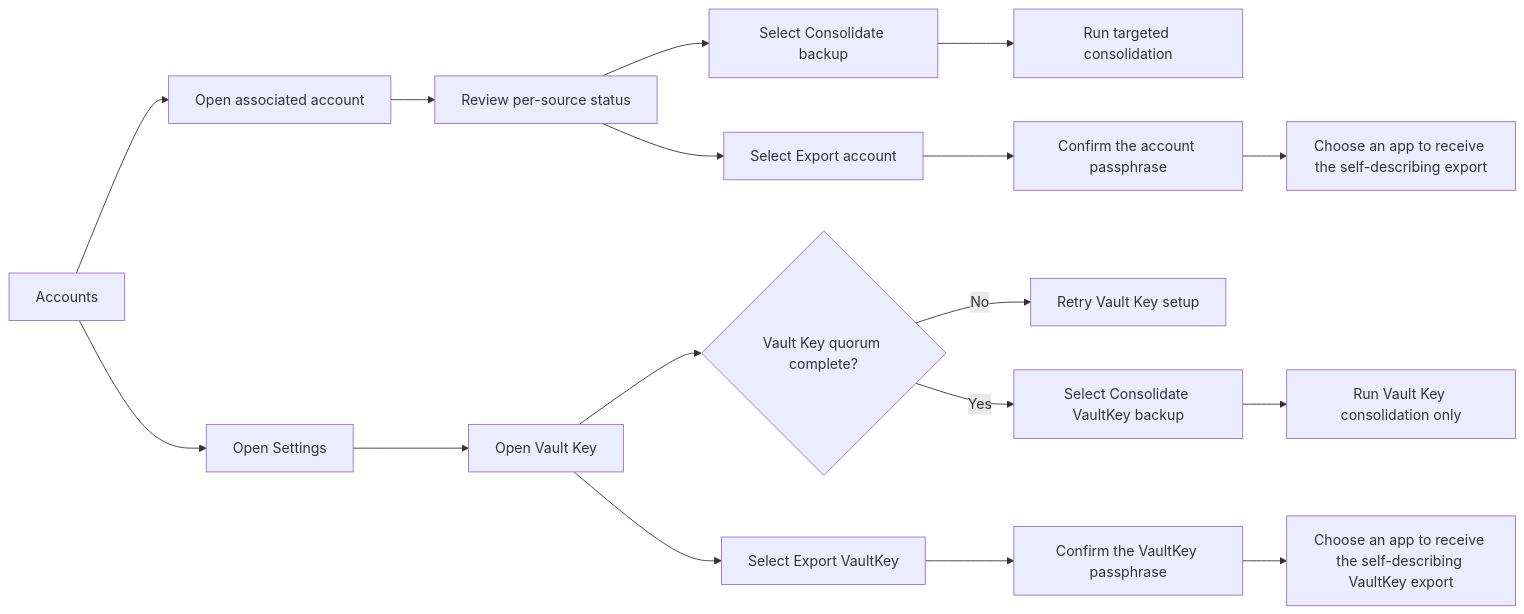
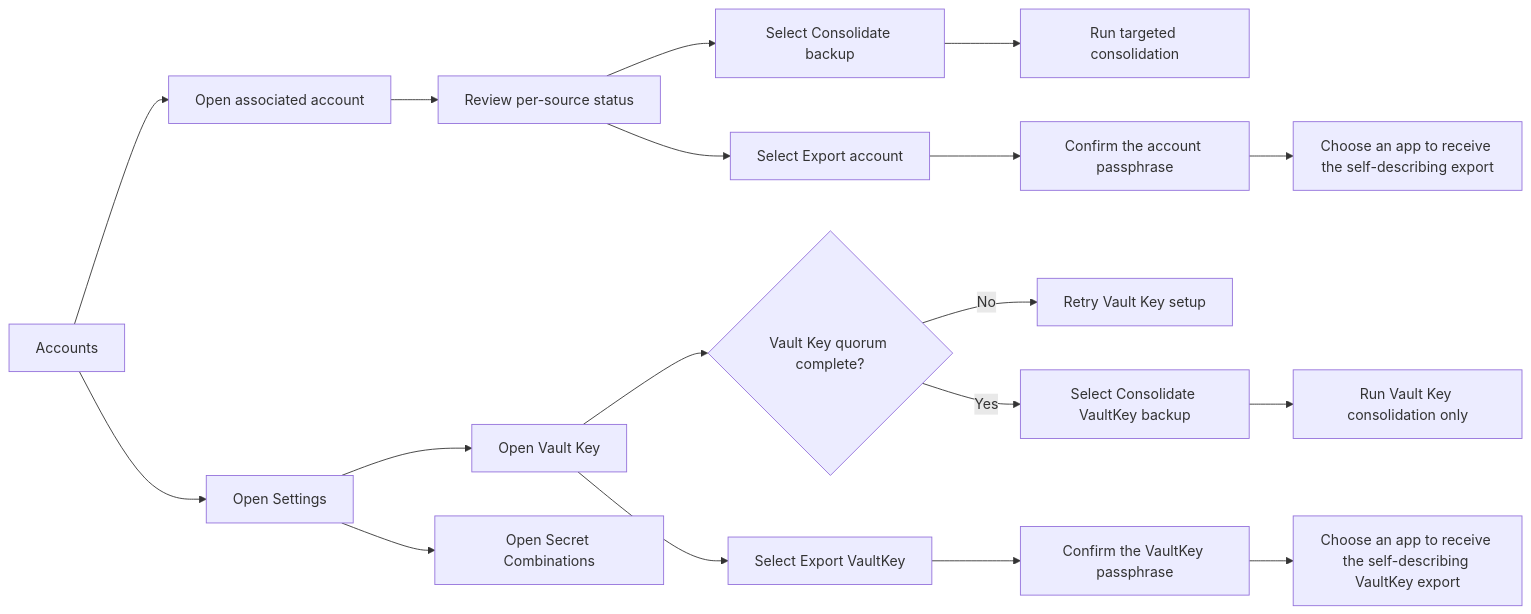
Before and after one commit to ZenTenApp/vault-kotlin: the sixth of 8 diagrams in docs/stakeholder/flowcharts.md, drawn with Mermaid. The commit also changed other lines of this file and 27 other files, not shown here.

Commit message:
feat(vaultkey): add passphrase-gated Secret Combinations review flow

````diff
--- a/docs/stakeholder/flowcharts.md
+++ b/docs/stakeholder/flowcharts.md
@@ -211,19 +213,20 @@
 ```mermaid
 flowchart LR
     Accounts["Accounts"] --> Account["Open associated account"]
     Account --> Status["Review per-source status"]
     Status --> One["Select Consolidate backup"]
     One --> Targeted["Run targeted consolidation"]
     Status --> Export["Select Export account"]
     Export --> ExportPassphrase["Confirm the account passphrase"]
     ExportPassphrase --> ExportPick["Choose an app to receive the self-describing export"]
     Accounts --> Settings["Open Settings"]
     Settings --> VaultKey["Open Vault Key"]
     VaultKey --> VaultKeyState{"Vault Key quorum complete?"}
     VaultKeyState -->|No| Retry["Retry Vault Key setup"]
     VaultKeyState -->|Yes| All["Select Consolidate VaultKey backup"]
     All --> Full["Run Vault Key consolidation only"]
     VaultKey --> ExportVK["Select Export VaultKey"]
     ExportVK --> ExportVKPassphrase["Confirm the VaultKey passphrase"]
     ExportVKPassphrase --> ExportVKPick["Choose an app to receive the self-describing VaultKey export"]
+    Settings --> SecretCombos["Open Secret Combinations"]
 ```
````
